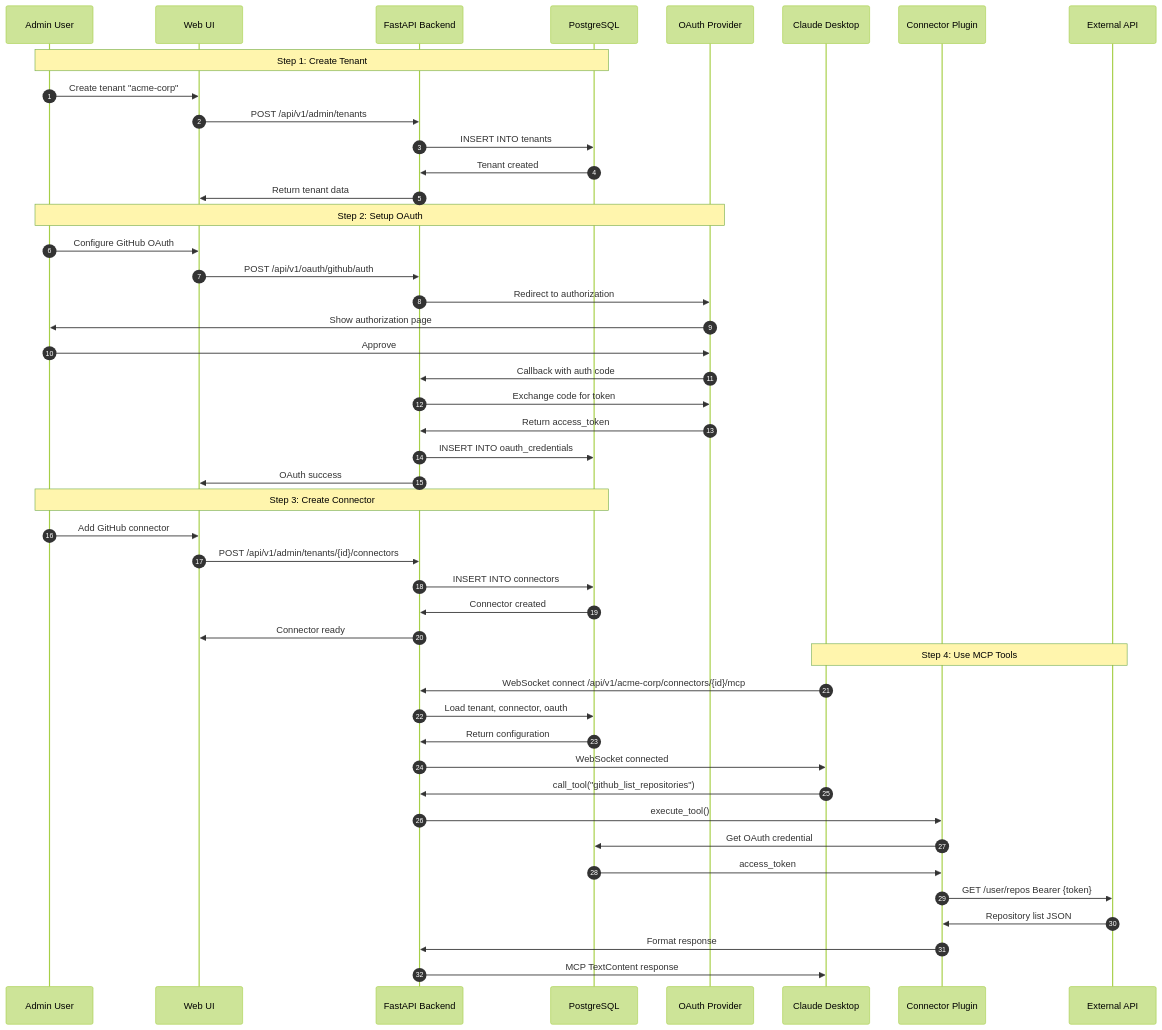
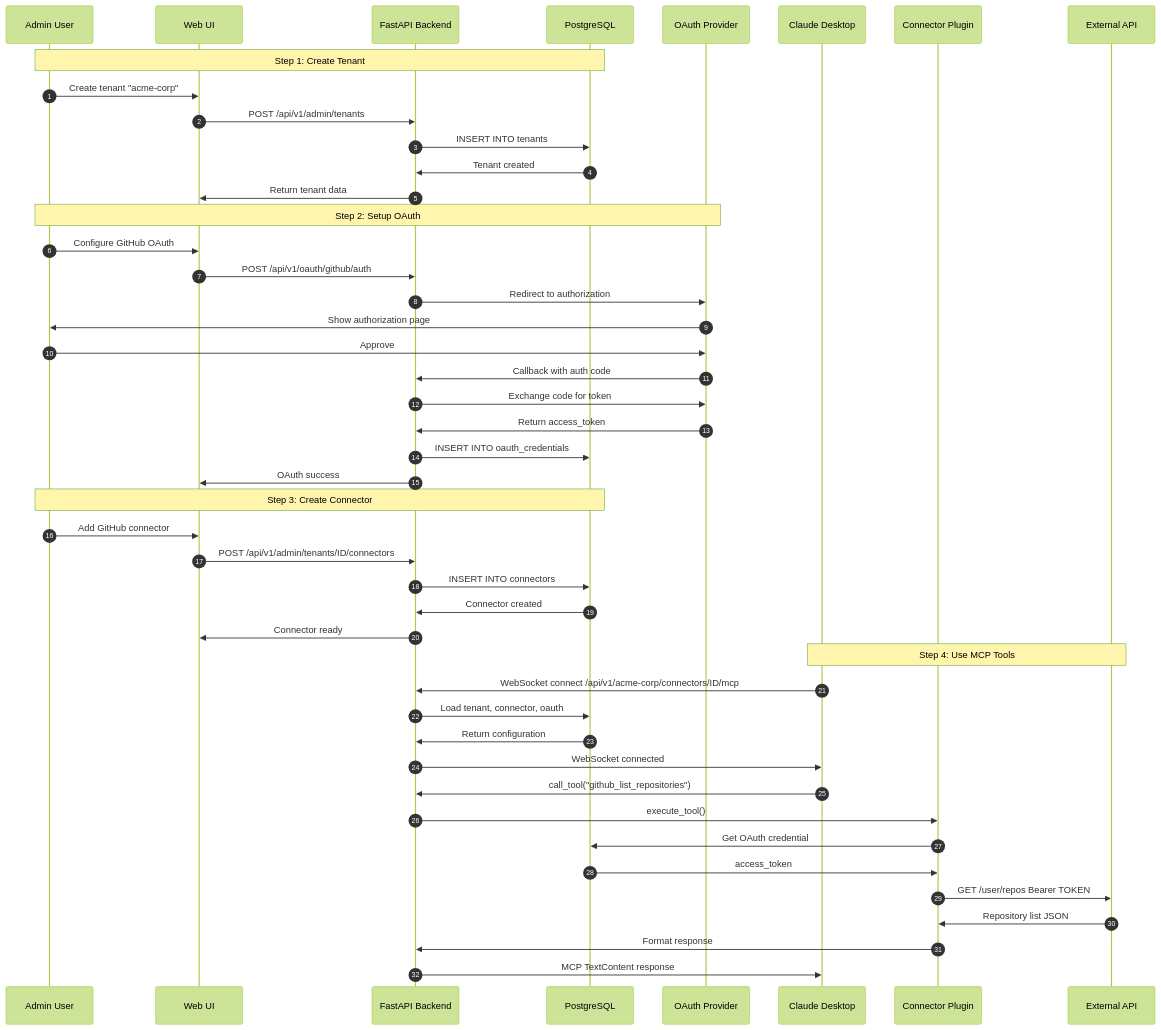
One commit to mvmcode/SageMCP changed the seventh of 11 diagrams in docs/architecture.md. Above: the diagram before and after it, drawn with Mermaid (forest theme). The commit also changed other lines of this file, not shown here.

````diff
--- a/docs/architecture.md
+++ b/docs/architecture.md
@@ -411,53 +411,53 @@
 ```mermaid
 sequenceDiagram
     autonumber
     participant Admin as Admin User
     participant UI as Web UI
     participant API as FastAPI Backend
     participant DB as PostgreSQL
     participant Provider as OAuth Provider
     participant Claude as Claude Desktop
     participant Connector as Connector Plugin
     participant ExtAPI as External API
 
     Note over Admin,DB: Step 1: Create Tenant
     Admin->>UI: Create tenant "acme-corp"
     UI->>API: POST /api/v1/admin/tenants
     API->>DB: INSERT INTO tenants
     DB->>API: Tenant created
     API->>UI: Return tenant data
 
     Note over Admin,Provider: Step 2: Setup OAuth
     Admin->>UI: Configure GitHub OAuth
     UI->>API: POST /api/v1/oauth/github/auth
     API->>Provider: Redirect to authorization
     Provider->>Admin: Show authorization page
     Admin->>Provider: Approve
     Provider->>API: Callback with auth code
     API->>Provider: Exchange code for token
     Provider->>API: Return access_token
     API->>DB: INSERT INTO oauth_credentials
     API->>UI: OAuth success
 
     Note over Admin,DB: Step 3: Create Connector
     Admin->>UI: Add GitHub connector
-    UI->>API: POST /api/v1/admin/tenants/{id}/connectors
+    UI->>API: POST /api/v1/admin/tenants/ID/connectors
     API->>DB: INSERT INTO connectors
     DB->>API: Connector created
     API->>UI: Connector ready
 
     Note over Claude,ExtAPI: Step 4: Use MCP Tools
-    Claude->>API: WebSocket connect /api/v1/acme-corp/connectors/{id}/mcp
+    Claude->>API: WebSocket connect /api/v1/acme-corp/connectors/ID/mcp
     API->>DB: Load tenant, connector, oauth
     DB->>API: Return configuration
     API->>Claude: WebSocket connected
 
     Claude->>API: call_tool("github_list_repositories")
     API->>Connector: execute_tool()
     Connector->>DB: Get OAuth credential
     DB->>Connector: access_token
-    Connector->>ExtAPI: GET /user/repos Bearer {token}
+    Connector->>ExtAPI: GET /user/repos Bearer TOKEN
     ExtAPI->>Connector: Repository list JSON
     Connector->>API: Format response
     API->>Claude: MCP TextContent response
 ```
````
